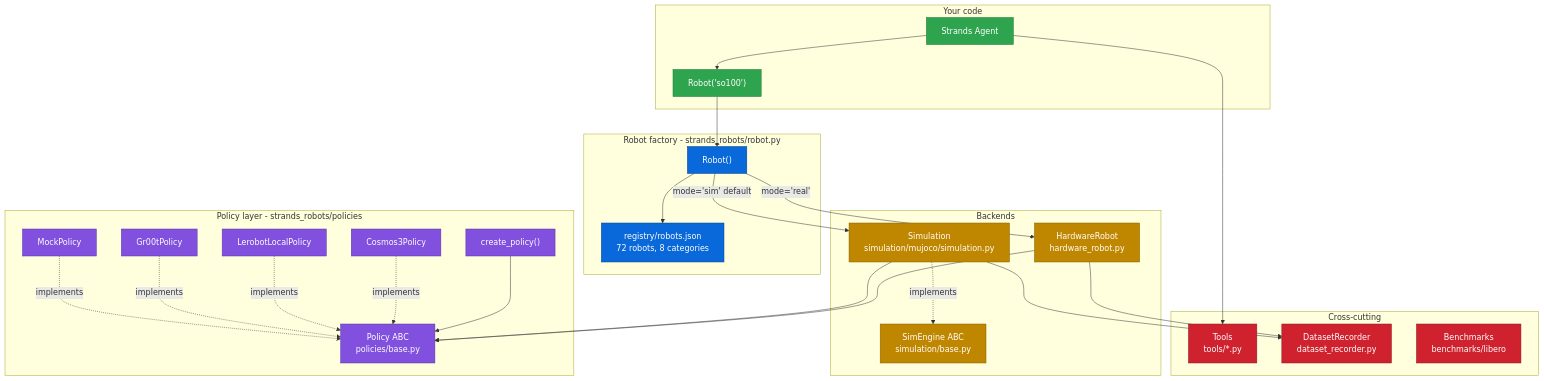
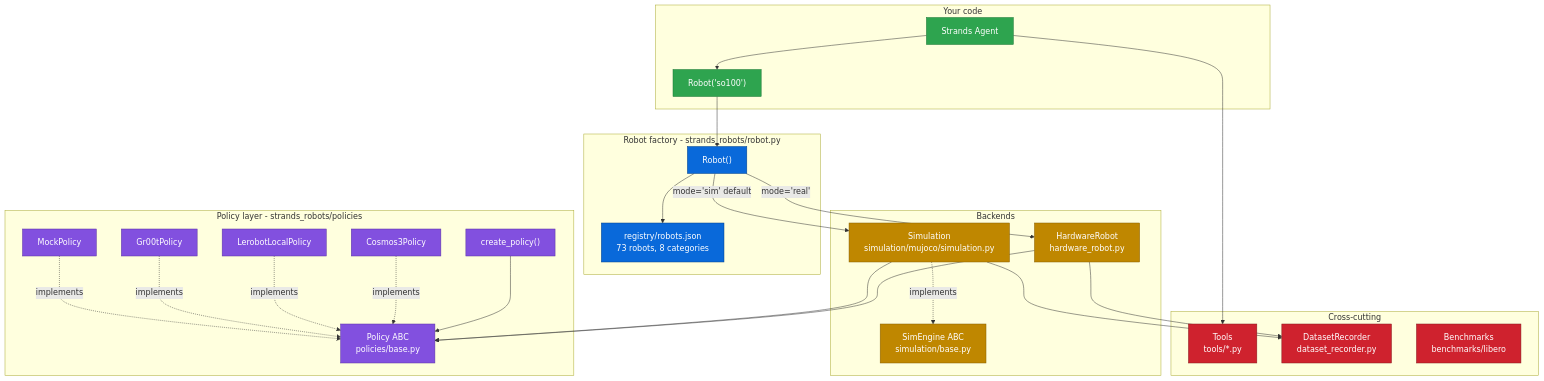
One commit to Stars1233/robots changed the diagram in docs/architecture.md. Above: the diagram before and after it, drawn with Mermaid. The commit also changed other lines of this file and 8 other files, not shown here.

````diff
--- a/docs/architecture.md
+++ b/docs/architecture.md
@@ -11,64 +11,64 @@
 ```mermaid
 graph TB
     subgraph user[Your code]
         AGENT["Strands Agent"]
         FACTORY["Robot('so100')"]
     end
 
     subgraph factory_layer[Robot factory  -  strands_robots/robot.py]
         ROBOT["Robot()"]
-        REGISTRY["registry/robots.json<br/>72 robots, 8 categories"]
+        REGISTRY["registry/robots.json<br/>73 robots, 8 categories"]
         ROBOT --> REGISTRY
     end
 
     subgraph backends[Backends]
         SIM["Simulation<br/>simulation/mujoco/simulation.py"]
         HW["HardwareRobot<br/>hardware_robot.py"]
         SIM_ABC["SimEngine ABC<br/>simulation/base.py"]
         SIM -.implements.-> SIM_ABC
     end
 
     subgraph policies[Policy layer  -  strands_robots/policies]
         POLICY_ABC["Policy ABC<br/>policies/base.py"]
         MOCK["MockPolicy"]
         GROOT["Gr00tPolicy"]
         LEROBOT["LerobotLocalPolicy"]
         COSMOS3["Cosmos3Policy"]
         FACTORY_FN["create_policy()"]
         MOCK -.implements.-> POLICY_ABC
         GROOT -.implements.-> POLICY_ABC
         LEROBOT -.implements.-> POLICY_ABC
         COSMOS3 -.implements.-> POLICY_ABC
         FACTORY_FN --> POLICY_ABC
     end
 
     subgraph extras[Cross-cutting]
         TOOLS["Tools<br/>tools/*.py"]
         RECORDER["DatasetRecorder<br/>dataset_recorder.py"]
         BENCH["Benchmarks<br/>benchmarks/libero"]
     end
 
     AGENT --> FACTORY
     FACTORY --> ROBOT
     ROBOT -->|mode='sim' default| SIM
     ROBOT -->|mode='real'| HW
 
     SIM --> POLICY_ABC
     HW --> POLICY_ABC
     SIM --> RECORDER
     HW --> RECORDER
 
     AGENT --> TOOLS
 
     classDef user fill:#2ea44f,stroke:#1b7735,color:#fff
     classDef factory fill:#0969da,stroke:#044289,color:#fff
     classDef backend fill:#bf8700,stroke:#875e00,color:#fff
     classDef policy fill:#8250df,stroke:#5a32a3,color:#fff
     classDef cross fill:#cf222e,stroke:#86181d,color:#fff
 
     class AGENT,FACTORY user
     class ROBOT,REGISTRY factory
     class SIM,HW,SIM_ABC backend
     class POLICY_ABC,MOCK,GROOT,LEROBOT,COSMOS3,FACTORY_FN policy
     class TOOLS,RECORDER,BENCH cross
 ```
````
